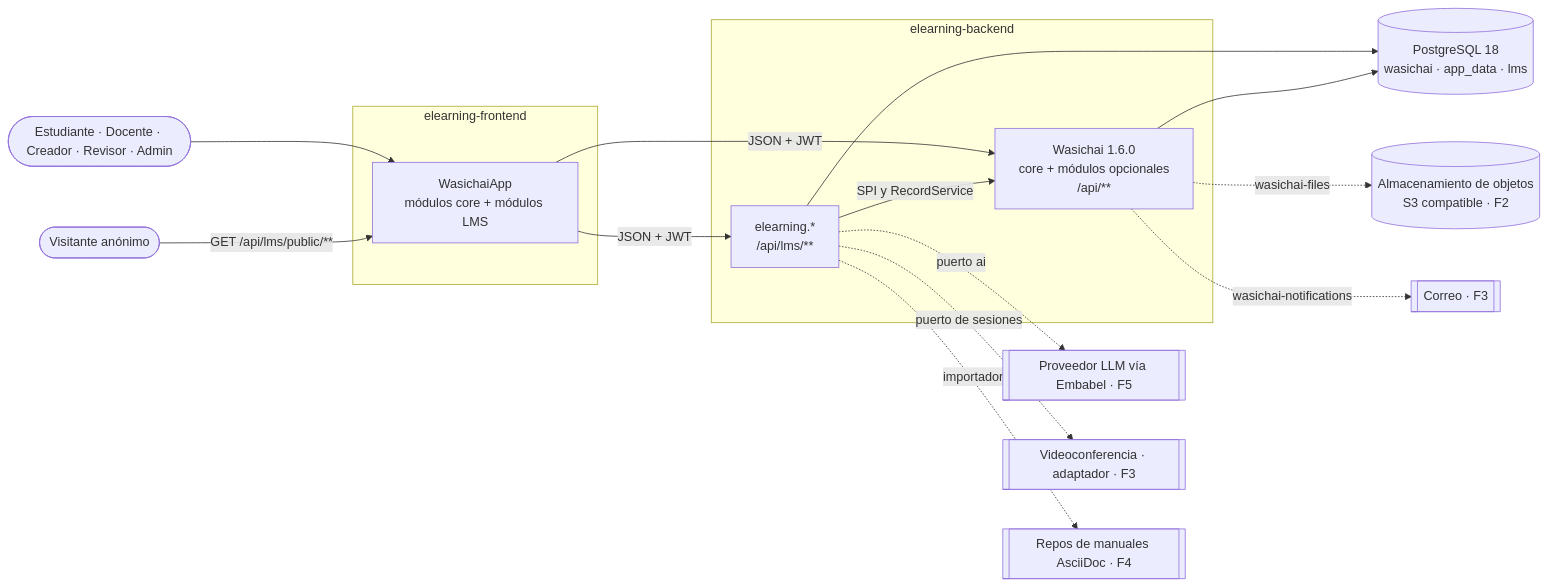
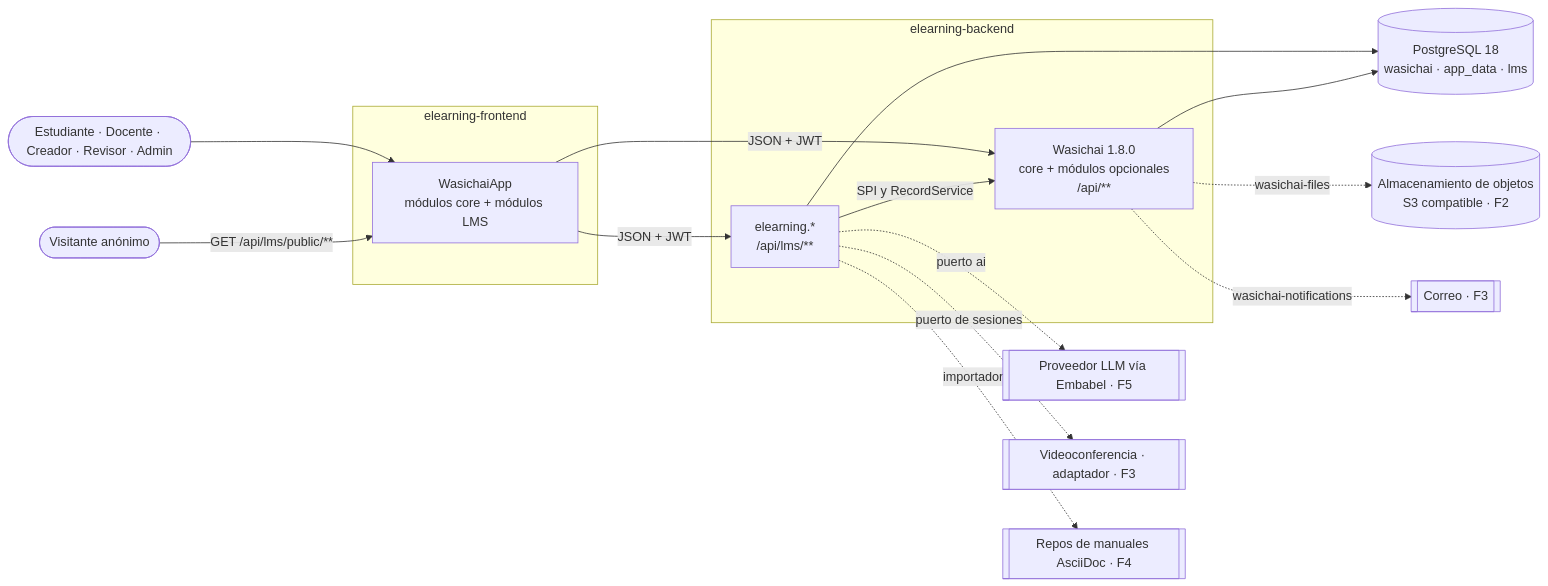
The first of 3 diagrams in docs/architecture/overview.md (wasichai/elearning-backend), drawn with Mermaid before and after one commit. The commit also changed other lines of this file and 11 other files, not shown here.

````diff
--- a/docs/architecture/overview.md
+++ b/docs/architecture/overview.md
@@ -26,31 +26,31 @@
 ```mermaid
 flowchart LR
     visitante([Visitante anónimo])
     usuario([Estudiante · Docente · Creador · Revisor · Admin])
     subgraph fe[elearning-frontend]
         app["WasichaiApp<br/>módulos core + módulos LMS"]
     end
     subgraph be[elearning-backend]
         lms["elearning.*<br/>/api/lms/**"]
-        wcore["Wasichai 1.6.0<br/>core + módulos opcionales<br/>/api/**"]
+        wcore["Wasichai 1.8.0<br/>core + módulos opcionales<br/>/api/**"]
         lms -- SPI y RecordService --> wcore
     end
     pg[("PostgreSQL 18<br/>wasichai · app_data · lms")]
     s3[("Almacenamiento de objetos<br/>S3 compatible · F2")]
     smtp[[Correo · F3]]
     llm[[Proveedor LLM vía Embabel · F5]]
     vc[[Videoconferencia · adaptador · F3]]
     fuentes[[Repos de manuales AsciiDoc · F4]]
 
     visitante -->|GET /api/lms/public/**| app
     usuario --> app
     app -->|JSON + JWT| lms
     app -->|JSON + JWT| wcore
     wcore --> pg
     lms --> pg
     wcore -. wasichai-files .-> s3
     wcore -. wasichai-notifications .-> smtp
     lms -. puerto ai .-> llm
     lms -. puerto de sesiones .-> vc
     lms -. importador .-> fuentes
 ```
````
